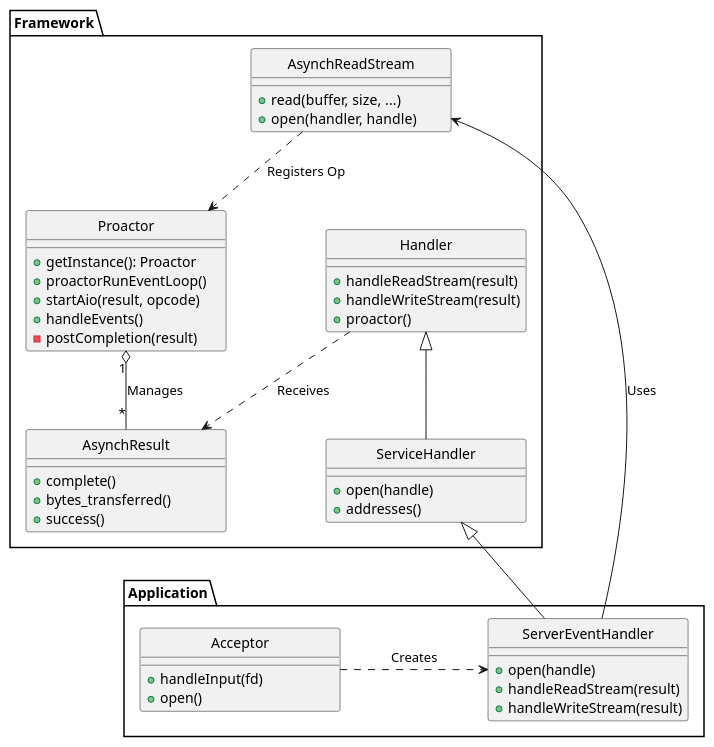
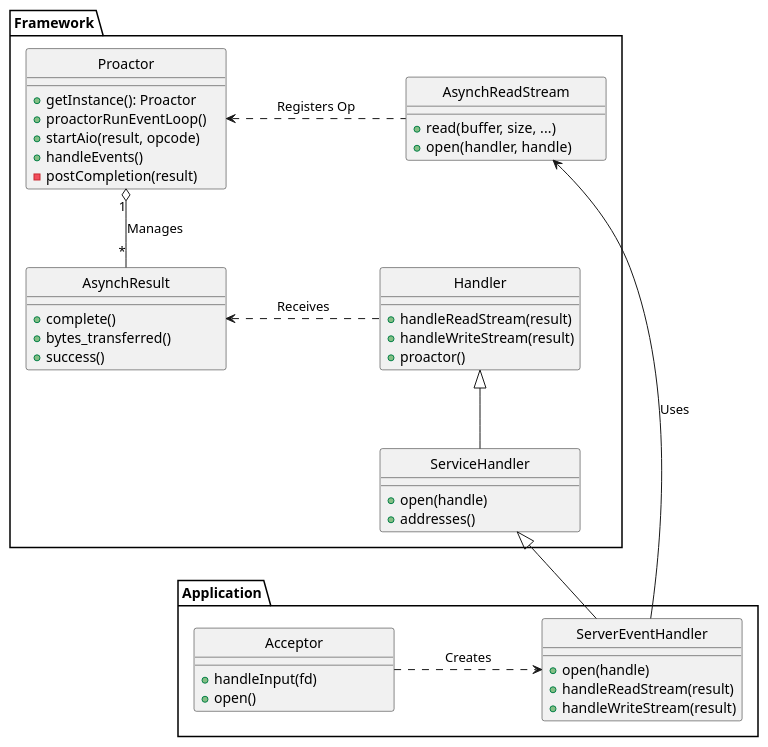
One commit to yjung93/yjung93.github.io changed the diagram in _files/uml/plantUml/proactor_pattern_simplified_imp_class_diagram.puml. Above: the diagram before and after it, drawn with PlantUML. The commit also changed 11 other files, not shown here.

Commit message:
Proactor : change diagram to plantUML

```diff
--- a/_files/uml/plantUml/proactor_pattern_simplified_imp_class_diagram.puml
+++ b/_files/uml/plantUml/proactor_pattern_simplified_imp_class_diagram.puml
@@ -1,69 +1,69 @@
 @startuml
 
-top to bottom direction
+' top to bottom direction
 
 skinparam style strictuml
 skinparam sameClassWidth true
 skinparam nodesep 100
 skinparam minClassWidth 130
 
 ' Framework Classes
 package Framework {
     class Proactor {
         +getInstance(): Proactor
         +proactorRunEventLoop()
         +startAio(result, opcode)
         +handleEvents()
         -postCompletion(result)
     }
 
     class Handler {
         +handleReadStream(result)
         +handleWriteStream(result)
         +proactor()
     }
 
     class ServiceHandler {
         +open(handle)
         +addresses()
     }
 
     class AsynchResult {
         +complete()
         +bytes_transferred()
         +success()
     }
 
     class AsynchReadStream {
         +read(buffer, size, ...)
         +open(handler, handle)
     }
 }
 
 ' Application Classes
 package Application {
     class Acceptor {
         +handleInput(fd)
         +open()
     }
 
     class ServerEventHandler {
         +open(handle)
         +handleReadStream(result)
         +handleWriteStream(result)
     }
 }
 
 ' Relationships
 Handler <|-- ServiceHandler
-ServiceHandler <|-down- ServerEventHandler
+ServiceHandler <|-- ServerEventHandler
 
 Proactor "1" o-- "*" AsynchResult : Manages
-Handler ..> AsynchResult : Receives
+Handler .left.> AsynchResult : Receives
 
 ServerEventHandler --> AsynchReadStream : Uses
-AsynchReadStream ..> Proactor : Registers Op
+AsynchReadStream .left.> Proactor : Registers Op
 
 Acceptor .right.> ServerEventHandler : Creates
 
 @enduml
```
